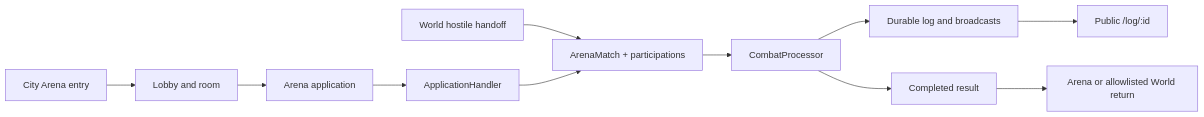
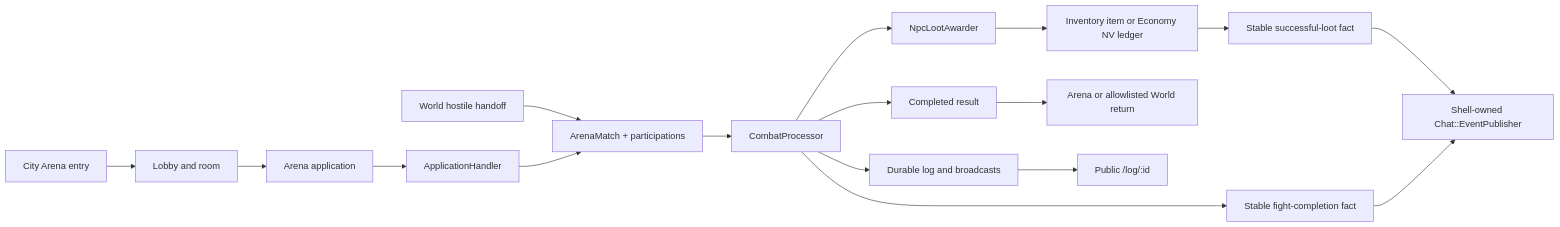
Before and after one commit to lukin-io/mmorpg: the diagram in doc/features/arena_combat.md, drawn with Mermaid. The commit also changed other lines of this file and 125 other files, not shown here.

````diff
--- a/doc/features/arena_combat.md
+++ b/doc/features/arena_combat.md
@@ -235,13 +291,19 @@
 ```mermaid
 flowchart LR
   A["City Arena entry"] --> B["Lobby and room"]
   B --> C["Arena application"]
   C --> D["ApplicationHandler"]
   W["World hostile handoff"] --> E["ArenaMatch + participations"]
   D --> E
   E --> F["CombatProcessor"]
   F --> G["Durable log and broadcasts"]
   F --> H["Completed result"]
+  F --> K["NpcLootAwarder"]
+  K --> M["Inventory item or Economy NV ledger"]
+  M --> N["Stable successful-loot fact"]
+  F --> O["Stable fight-completion fact"]
+  N --> L["Shell-owned Chat::EventPublisher"]
+  O --> L
   H --> I["Arena or allowlisted World return"]
   G --> J["Public /log/:id"]
 ```
````
